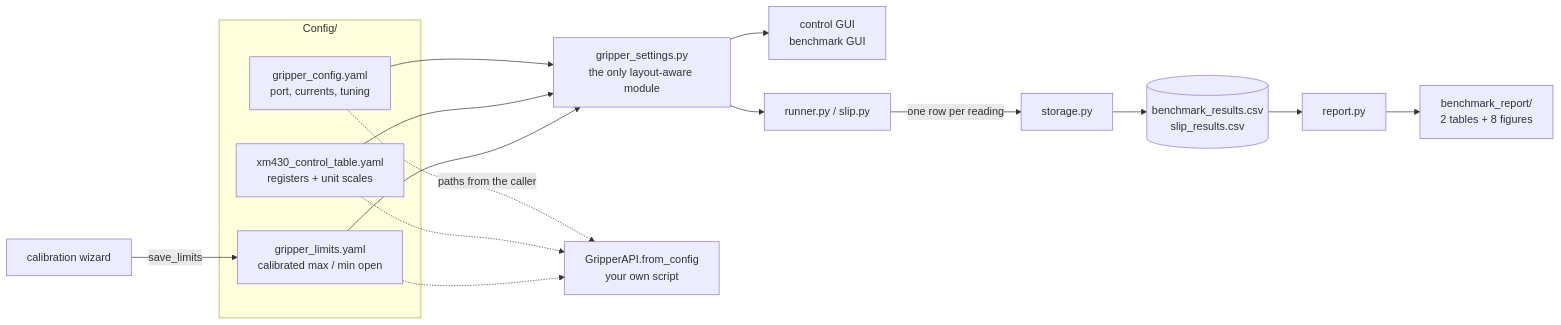
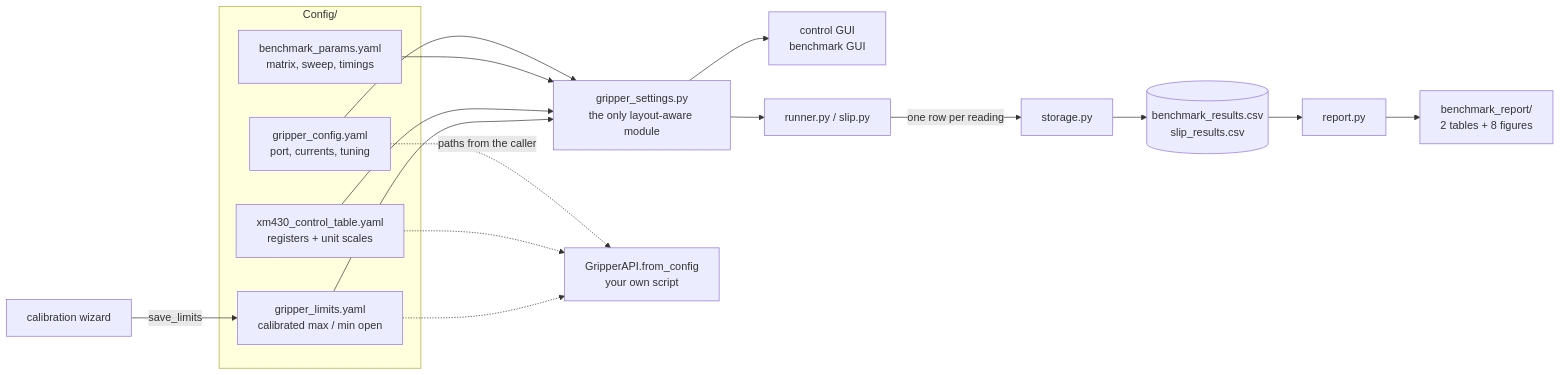
Before and after one commit to MrRox1337/GripSense: the second of 6 diagrams in README.md, drawn with Mermaid. The commit also changed other lines of this file, not shown here.

````diff
--- a/README.md
+++ b/README.md
@@ -258,32 +265,34 @@
 ```mermaid
 flowchart LR
     subgraph CFG["Config/"]
         APPCFG["gripper_config.yaml<br/>port, currents, tuning"]
+        BENCH["benchmark_params.yaml<br/>matrix, sweep, timings"]
         CTABLE["xm430_control_table.yaml<br/>registers + unit scales"]
         LIMITS["gripper_limits.yaml<br/>calibrated max / min open"]
     end
 
     SETTINGS["gripper_settings.py<br/>the only layout-aware module"]
     API["GripperAPI.from_config<br/>your own script"]
     CALUI["calibration wizard"]
     APPS["control GUI<br/>benchmark GUI"]
     RUNS["runner.py / slip.py"]
     STORAGE["storage.py"]
     CSV[("benchmark_results.csv<br/>slip_results.csv")]
     REPORT["report.py"]
     OUT["benchmark_report/<br/>2 tables + 8 figures"]
 
     APPCFG --> SETTINGS
+    BENCH --> SETTINGS
     CTABLE --> SETTINGS
     LIMITS --> SETTINGS
     APPCFG -. "paths from the caller" .-> API
     CTABLE -.-> API
     LIMITS -.-> API
     SETTINGS --> APPS
     SETTINGS --> RUNS
     CALUI -- "save_limits" --> LIMITS
     RUNS -- "one row per reading" --> STORAGE
     STORAGE --> CSV
     CSV --> REPORT
     REPORT --> OUT
 ```
````
